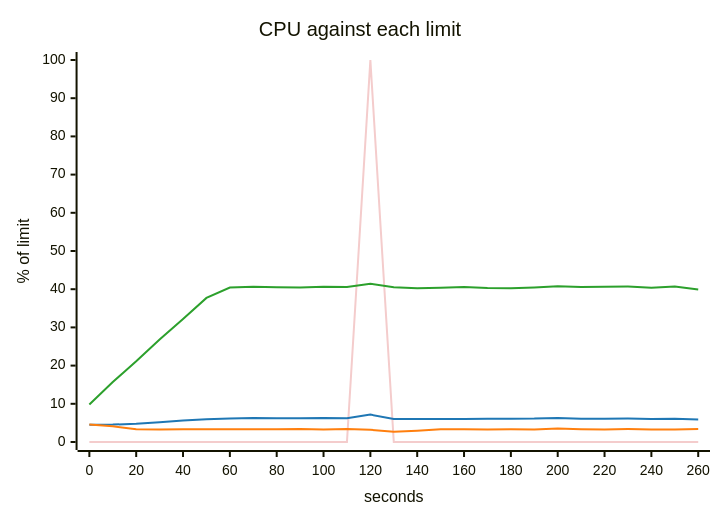
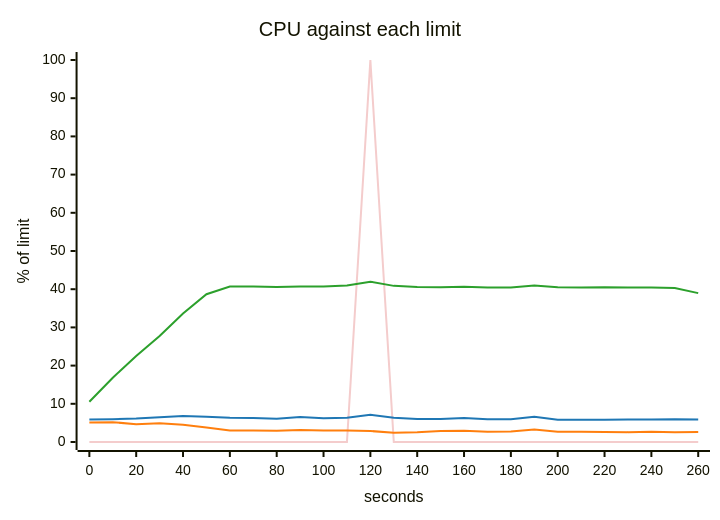
Before and after one commit to akinfemi/load-lore: the fifth of 5 diagrams in scenarios/slow-dependency/solutions/circuit-breaker/report.md, drawn with Mermaid. The commit also changed other lines of this file and 71 other files, not shown here.

````diff
--- a/scenarios/slow-dependency/solutions/circuit-breaker/report.md
+++ b/scenarios/slow-dependency/solutions/circuit-breaker/report.md
@@ -100,17 +100,17 @@
 ```mermaid
 ---
 config:
   themeVariables:
     xyChart:
       backgroundColor: "transparent"
       plotColorPalette: "#f4cccc, #1f77b4, #ff7f0e, #2ca02c"
 ---
 xychart-beta
     title "CPU against each limit"
     x-axis "seconds" 0 --> 260
     y-axis "% of limit" 0 --> 100
     line [0, 0, 0, 0, 0, 0, 0, 0, 0, 0, 0, 0, 100, 0, 0, 0, 0, 0, 0, 0, 0, 0, 0, 0, 0, 0, 0]
-    line [4.49, 4.555, 4.779, 5.162, 5.603, 5.974, 6.167, 6.3, 6.19, 6.186, 6.293, 6.229, 7.169, 6.052, 6.022, 6.018, 5.99, 6.106, 6.099, 6.123, 6.303, 6.059, 6.103, 6.129, 6.046, 6.085, 5.864]
-    line [4.585, 4.112, 3.355, 3.303, 3.343, 3.324, 3.337, 3.346, 3.325, 3.397, 3.282, 3.372, 3.205, 2.694, 2.968, 3.346, 3.354, 3.265, 3.317, 3.266, 3.527, 3.344, 3.257, 3.39, 3.281, 3.259, 3.388]
-    line [9.814, 15.692, 21.126, 26.826, 32.178, 37.713, 40.426, 40.632, 40.498, 40.433, 40.658, 40.57, 41.444, 40.515, 40.218, 40.392, 40.571, 40.335, 40.243, 40.465, 40.772, 40.594, 40.669, 40.678, 40.371, 40.704, 39.948]
+    line [5.879, 5.984, 6.131, 6.487, 6.777, 6.598, 6.332, 6.251, 6.115, 6.556, 6.2, 6.354, 7.122, 6.333, 6.044, 6.024, 6.307, 5.972, 5.957, 6.627, 5.804, 5.832, 5.856, 5.872, 5.885, 5.987, 5.864]
+    line [5.098, 5.185, 4.678, 4.902, 4.486, 3.821, 3.03, 3.024, 2.917, 3.145, 2.982, 3.029, 2.877, 2.448, 2.535, 2.869, 2.976, 2.674, 2.733, 3.283, 2.689, 2.697, 2.637, 2.581, 2.679, 2.542, 2.634]
+    line [10.532, 16.826, 22.526, 27.731, 33.615, 38.684, 40.686, 40.737, 40.573, 40.729, 40.711, 40.952, 41.961, 40.873, 40.576, 40.536, 40.636, 40.415, 40.477, 40.975, 40.536, 40.444, 40.518, 40.433, 40.448, 40.293, 38.97]
 ```
````
